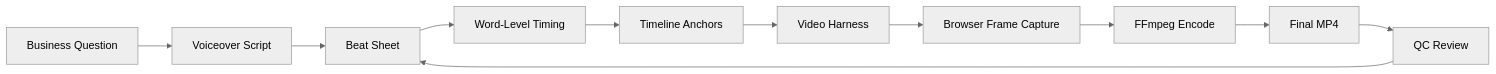
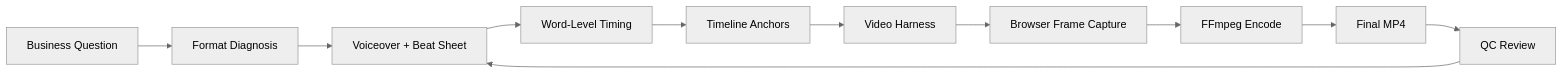
The diagram in README.md (hyperchat99999/vision-reel-playbook), drawn with Mermaid (neutral theme) before and after one commit. The commit also changed other lines of this file and 1 other file, not shown here.

````diff
--- a/README.md
+++ b/README.md
@@ -98,13 +96,13 @@
 ```mermaid
 flowchart LR
-  A["Business Question"] --> B["Voiceover Script"]
-  B --> C["Beat Sheet"]
+  A["Business Question"] --> B["Format Diagnosis"]
+  B --> C["Voiceover + Beat Sheet"]
   C --> D["Word-Level Timing"]
   D --> E["Timeline Anchors"]
   E --> F["Video Harness"]
   F --> G["Browser Frame Capture"]
   G --> H["FFmpeg Encode"]
   H --> I["Final MP4"]
   I --> J["QC Review"]
   J --> C
 ```
````
